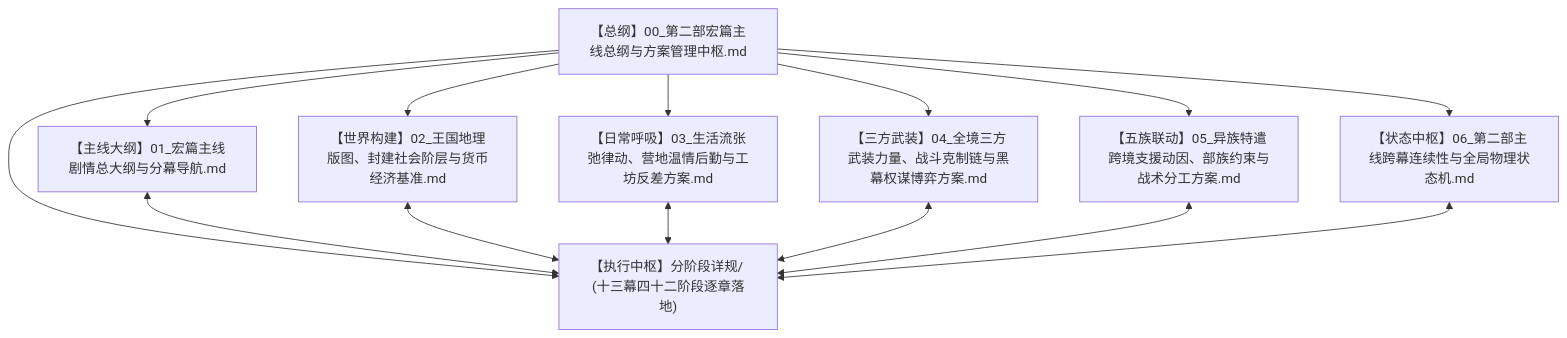
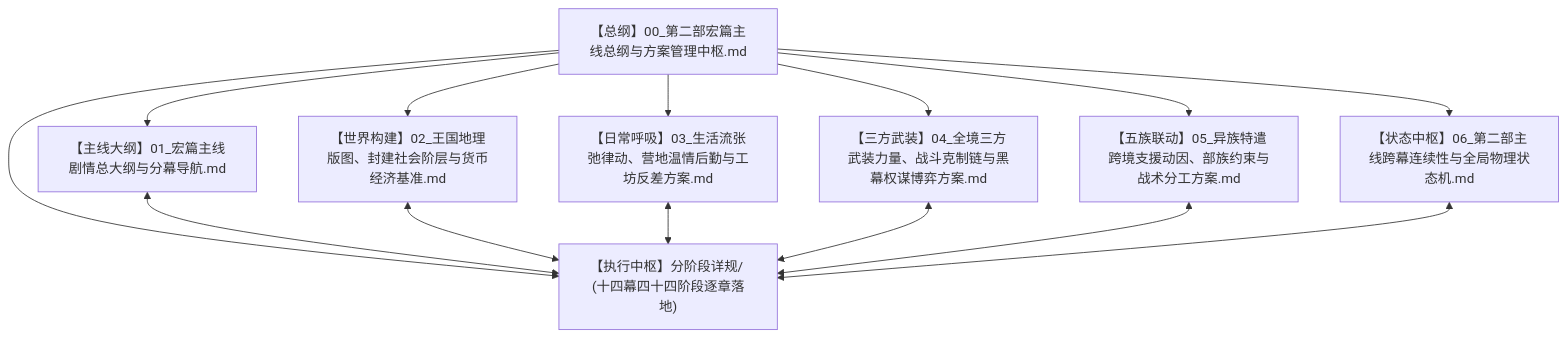
The first of 5 diagrams in 方案/第二部/主线与世界扩充方案/00_第二部宏篇主线总纲与方案管理中枢.md (soranokiseki1437/eldoria-worldbook), drawn with Mermaid before and after one commit. The commit also changed other lines of this file and 7 other files, not shown here.

````diff
--- a/方案/第二部/主线与世界扩充方案/00_第二部宏篇主线总纲与方案管理中枢.md
+++ b/方案/第二部/主线与世界扩充方案/00_第二部宏篇主线总纲与方案管理中枢.md
@@ -13,28 +13,28 @@
 ```mermaid
 graph TD
     Root["【总纲】00_第二部宏篇主线总纲与方案管理中枢.md"]
     
     Sub1["【主线大纲】01_宏篇主线剧情总大纲与分幕导航.md"]
     Sub2["【世界构建】02_王国地理版图、封建社会阶层与货币经济基准.md"]
     Sub3["【日常呼吸】03_生活流张弛律动、营地温情后勤与工坊反差方案.md"]
     Sub4["【三方武装】04_全境三方武装力量、战斗克制链与黑幕权谋博弈方案.md"]
     Sub5["【五族联动】05_异族特遣跨境支援动因、部族约束与战术分工方案.md"]
     Sub6["【状态中枢】06_第二部主线跨幕连续性与全局物理状态机.md"]
     
-    Stages["【执行中枢】分阶段详规/ (十三幕四十二阶段逐章落地)"]
+    Stages["【执行中枢】分阶段详规/ (十四幕四十四阶段逐章落地)"]
 
     Root --> Sub1
     Root --> Sub2
     Root --> Sub3
     Root --> Sub4
     Root --> Sub5
     Root --> Sub6
     Root --> Stages
 
     Sub1 <--> Stages
     Sub2 <--> Stages
     Sub3 <--> Stages
     Sub4 <--> Stages
     Sub5 <--> Stages
     Sub6 <--> Stages
 ```
````
